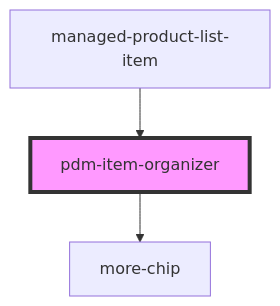
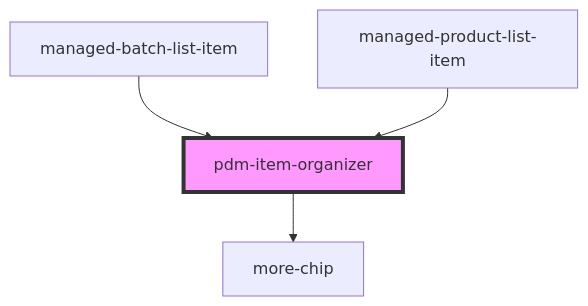
Before and after one commit to PharmaLedger-IMI/fgt-workspace: the diagram in pdm-web-components/src/components/pdm-item-organizer/readme.md, drawn with Mermaid. The commit also changed other lines of this file and 55 other files, not shown here.

````diff
--- a/pdm-web-components/src/components/pdm-item-organizer/readme.md
+++ b/pdm-web-components/src/components/pdm-item-organizer/readme.md
@@ -31,6 +32,7 @@
 ```mermaid
 graph TD;
   pdm-item-organizer --> more-chip
+  managed-batch-list-item --> pdm-item-organizer
   managed-product-list-item --> pdm-item-organizer
   style pdm-item-organizer fill:#f9f,stroke:#333,stroke-width:4px
 ```
````
